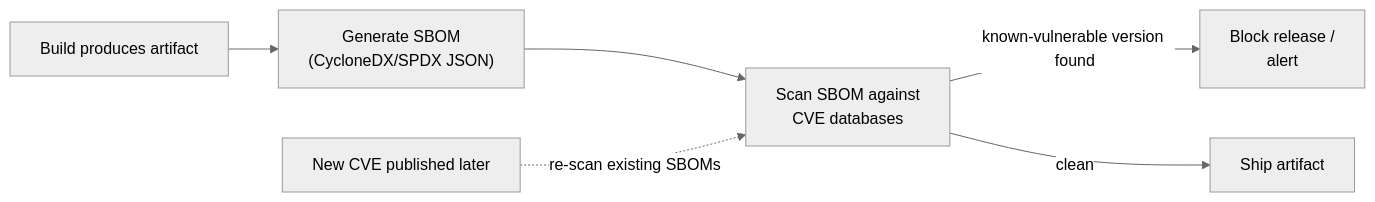
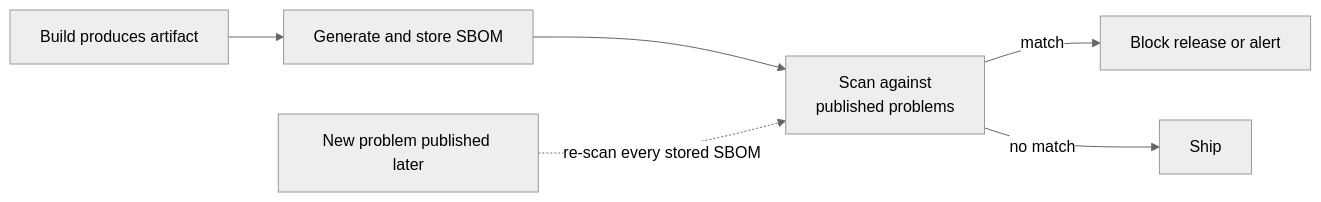
One commit to francoandreDev/knowledge changed the fourth of 4 diagrams in src/content/security/supply-chain-security/L2-concept.mdx. Above: the diagram before and after it, drawn with Mermaid (neutral theme). The commit also changed other lines of this file and 3 other files, not shown here.

````diff
--- a/src/content/security/supply-chain-security/L2-concept.mdx
+++ b/src/content/security/supply-chain-security/L2-concept.mdx
@@ -106,8 +145,8 @@
 ```mermaid
 flowchart LR
-    A[Build produces artifact] --> B["Generate SBOM<br/>(CycloneDX/SPDX JSON)"]
-    B --> C["Scan SBOM against<br/>CVE databases"]
-    C -->|"known-vulnerable version found"| D["Block release /<br/>alert"]
-    C -->|"clean"| E["Ship artifact"]
-    F["New CVE published later"] -.->|"re-scan existing SBOMs"| C
+    A["Build produces artifact"] --> B["Generate and store SBOM"]
+    B --> C["Scan against<br/>published problems"]
+    C -->|"match"| D["Block release or alert"]
+    C -->|"no match"| E["Ship"]
+    F["New problem published later"] -.->|"re-scan every stored SBOM"| C
 ```
````
